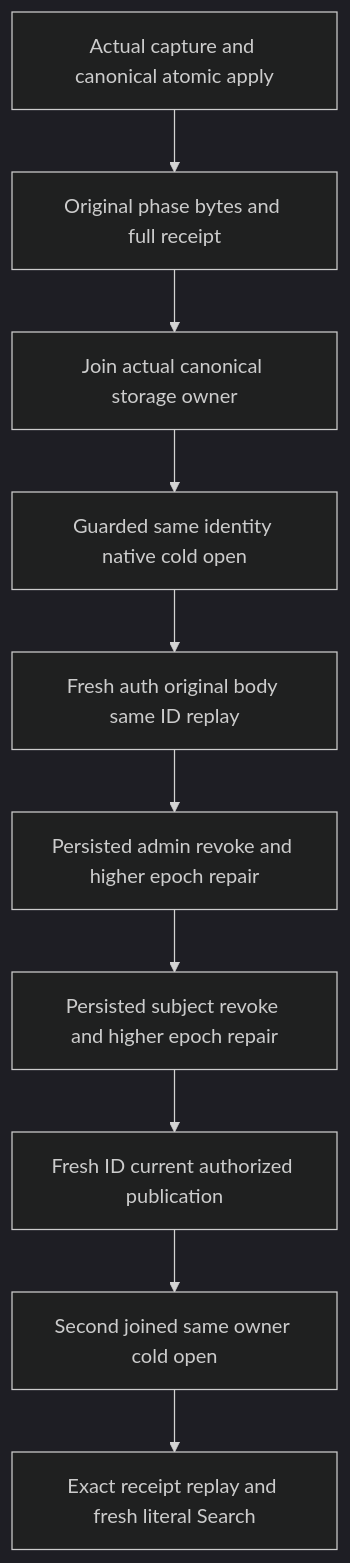
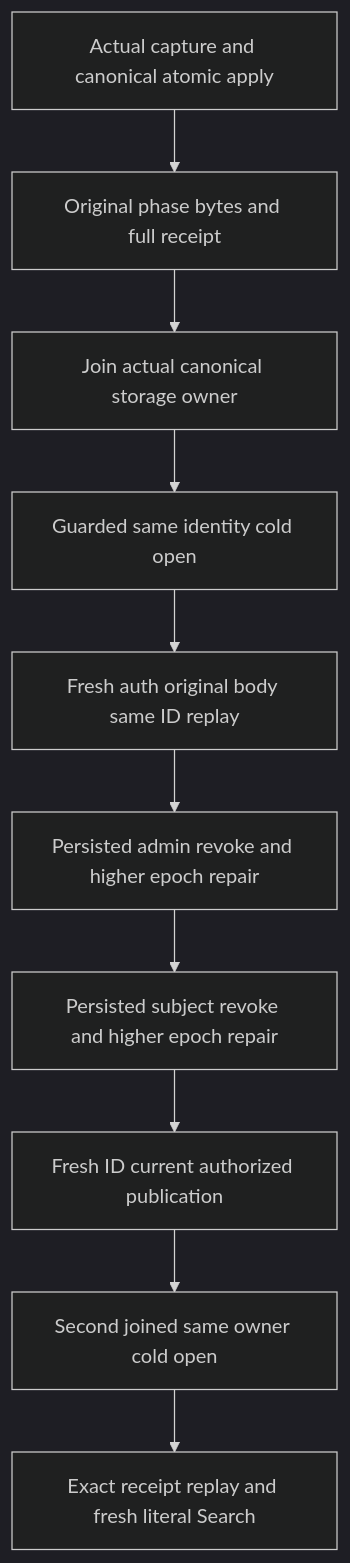
Before and after one commit to managedcode/KeyLoad: the diagram in docs/Features/Search/Bm25OriginalPhaseRecovery.md, drawn with Mermaid (dark theme). The commit also changed other lines of this file and 9016 other files, not shown here.

````diff
--- a/docs/Features/Search/Bm25OriginalPhaseRecovery.md
+++ b/docs/Features/Search/Bm25OriginalPhaseRecovery.md
@@ -20,12 +20,12 @@
 ```mermaid
 flowchart TD
     First[Actual capture and canonical atomic apply] --> Retained[Original phase bytes and full receipt]
     Retained --> Join[Join actual canonical storage owner]
-    Join --> Open[Guarded same identity native cold open]
+    Join --> Open[Guarded same identity cold open]
     Open --> Replay[Fresh auth original body same ID replay]
     Replay --> Admin[Persisted admin revoke and higher epoch repair]
     Admin --> Subject[Persisted subject revoke and higher epoch repair]
     Subject --> Fresh[Fresh ID current authorized publication]
     Fresh --> Cold[Second joined same owner cold open]
     Cold --> Healthy[Exact receipt replay and fresh literal Search]
 ```
````
